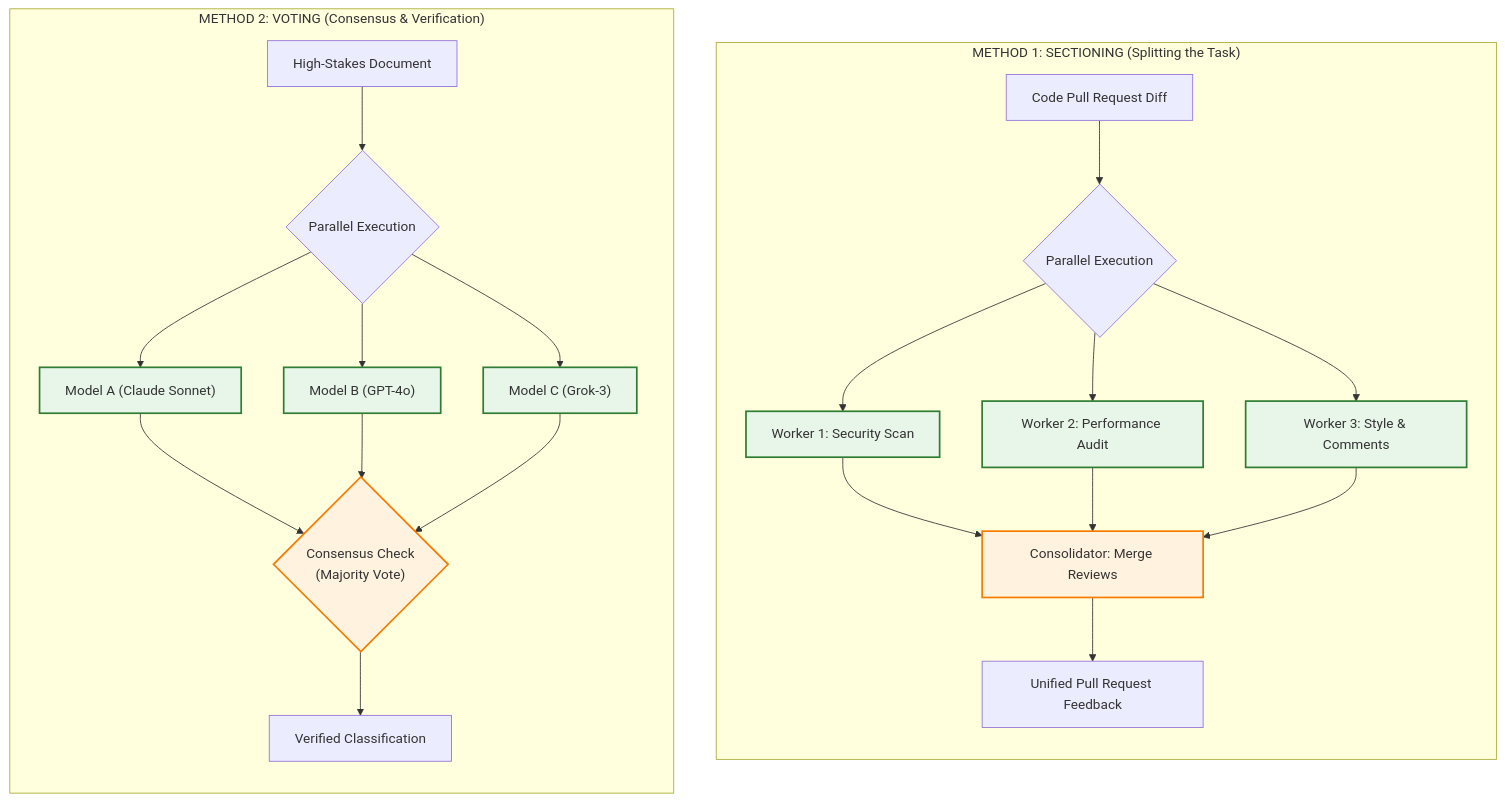
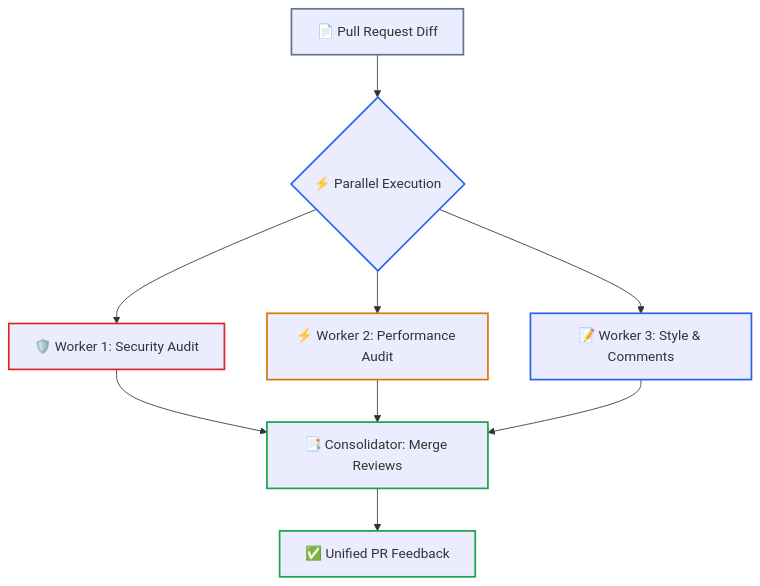
One commit to dip4k/senior-engineer-to-ai-engineer-roadmap changed the sixth of 9 diagrams in 04-agentic-systems-and-orchestration/01-workflows-vs-agents-and-orchestration-patterns.md. Above: the diagram before and after it, drawn with Mermaid. The commit also changed other lines of this file and 94 other files, not shown here.

Commit message:
refactor(curriculum): complete Phase 04 upgrade and enforce diagram renderer invariants

````diff
--- a/04-agentic-systems-and-orchestration/01-workflows-vs-agents-and-orchestration-patterns.md
+++ b/04-agentic-systems-and-orchestration/01-workflows-vs-agents-and-orchestration-patterns.md
@@ -230,25 +266,17 @@
 ```mermaid
 flowchart TD
-    classDef worker fill:#e8f5e9,stroke:#2e7d32,stroke-width:2px;
-    classDef sync fill:#fff3e0,stroke:#f57c00,stroke-width:2px;
+    DocA["📄 Pull Request Diff"] --> FanOutA{"⚡ Parallel Execution"}
+    FanOutA --> W1["🛡️ Worker 1: Security Audit"]
+    FanOutA --> W2["⚡ Worker 2: Performance Audit"]
+    FanOutA --> W3["📝 Worker 3: Style & Comments"]
+    W1 & W2 & W3 --> ReducerA["📑 Consolidator: Merge Reviews"]
+    ReducerA --> RepA["✅ Unified PR Feedback"]
 
-    subgraph Sectioning["METHOD 1: SECTIONING (Splitting the Task)"]
-        direction TB
-        DocA["Code Pull Request Diff"] --> FanOutA{"Parallel Execution"}
-        FanOutA --> W1["Worker 1: Security Scan"]:::worker
-        FanOutA --> W2["Worker 2: Performance Audit"]:::worker
-        FanOutA --> W3["Worker 3: Style & Comments"]:::worker
-        W1 & W2 & W3 --> ReducerA["Consolidator: Merge Reviews"]:::sync
-        ReducerA --> RepA["Unified Pull Request Feedback"]
-    end
-
-    subgraph Voting["METHOD 2: VOTING (Consensus & Verification)"]
-        direction TB
-        DocB["High-Stakes Document"] --> FanOutB{"Parallel Execution"}
-        FanOutB --> V1["Model A (Claude Sonnet)"]:::worker
-        FanOutB --> V2["Model B (GPT-4o)"]:::worker
-        FanOutB --> V3["Model C (Grok-3)"]:::worker
-        V1 & V2 & V3 --> Arbiter{"Consensus Check\n(Majority Vote)"}:::sync
-        Arbiter --> RepB["Verified Classification"]
-    end
+    style DocA stroke:#64748b,stroke-width:2px
+    style FanOutA stroke:#2563eb,stroke-width:2px
+    style W1 stroke:#dc2626,stroke-width:2px
+    style W2 stroke:#d97706,stroke-width:2px
+    style W3 stroke:#2563eb,stroke-width:2px
+    style ReducerA stroke:#16a34a,stroke-width:2px
+    style RepA stroke:#16a34a,stroke-width:2px
 ```
````
